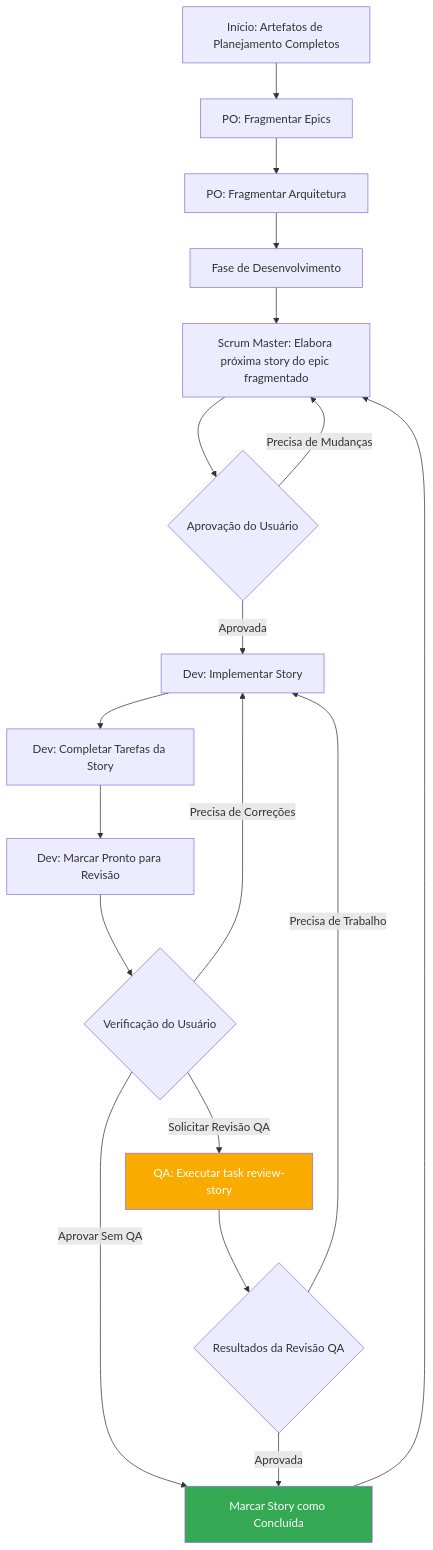
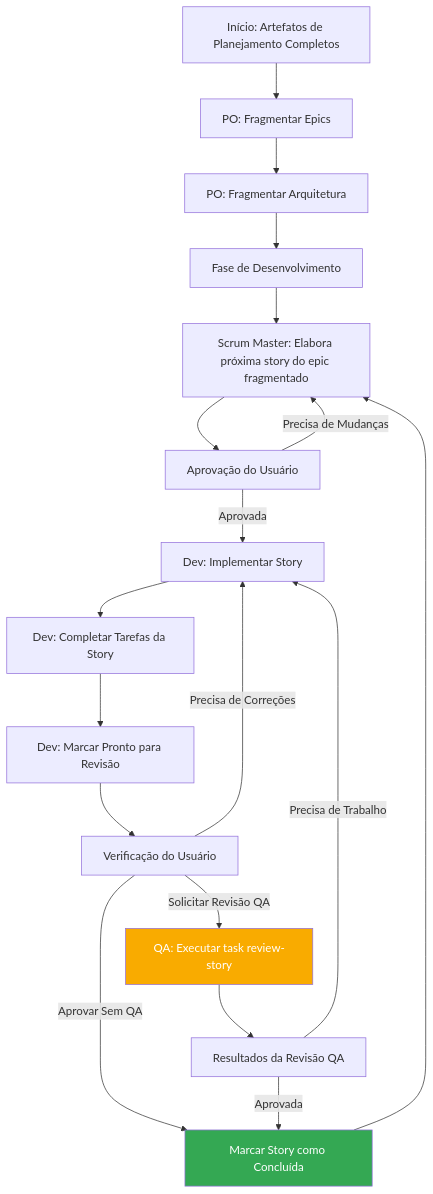
One commit to bychrisr/aios-docs changed the third of 3 diagrams in content/pt-BR/docs/core-architecture.mdx. Above: the diagram before and after it, drawn with Mermaid. The commit also changed other lines of this file and 40 other files, not shown here.

````diff
--- a/content/pt-BR/docs/core-architecture.mdx
+++ b/content/pt-BR/docs/core-architecture.mdx
@@ -205,23 +205,23 @@
 ```mermaid
 graph TD
     A["Início: Artefatos de Planejamento Completos"] --> B["PO: Fragmentar Epics"]
     B --> C["PO: Fragmentar Arquitetura"]
     C --> D["Fase de Desenvolvimento"]
     D --> E["Scrum Master: Elabora próxima story do epic fragmentado"]
-    E --> F{"Aprovação do Usuário"}
+    E --> F["Aprovação do Usuário"]
     F -->|Aprovada| G["Dev: Implementar Story"]
     F -->|Precisa de Mudanças| E
     G --> H["Dev: Completar Tarefas da Story"]
     H --> I["Dev: Marcar Pronto para Revisão"]
-    I --> J{"Verificação do Usuário"}
+    I --> J["Verificação do Usuário"]
     J -->|Solicitar Revisão QA| K["QA: Executar task review-story"]
     J -->|Aprovar Sem QA| M["Marcar Story como Concluída"]
-    K --> L{"Resultados da Revisão QA"}
+    K --> L["Resultados da Revisão QA"]
     L -->|Precisa de Trabalho| G
     L -->|Aprovada| M["Marcar Story como Concluída"]
     J -->|Precisa de Correções| G
     M --> E
 
     style M fill:#34a853,color:#fff
     style K fill:#f9ab00,color:#fff
 ```
````
